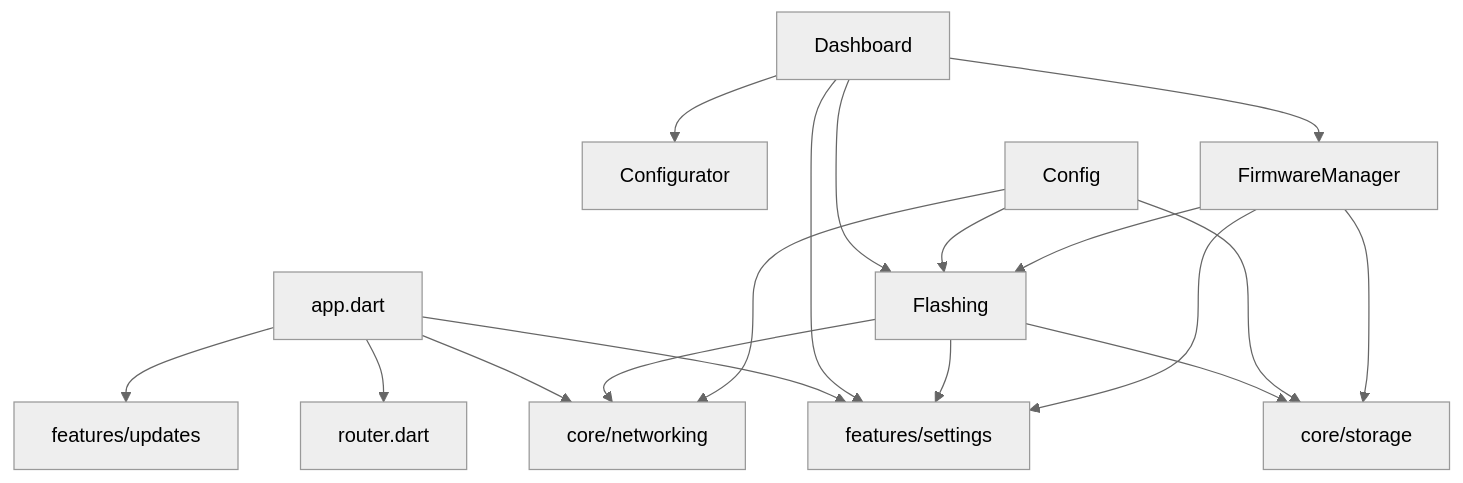
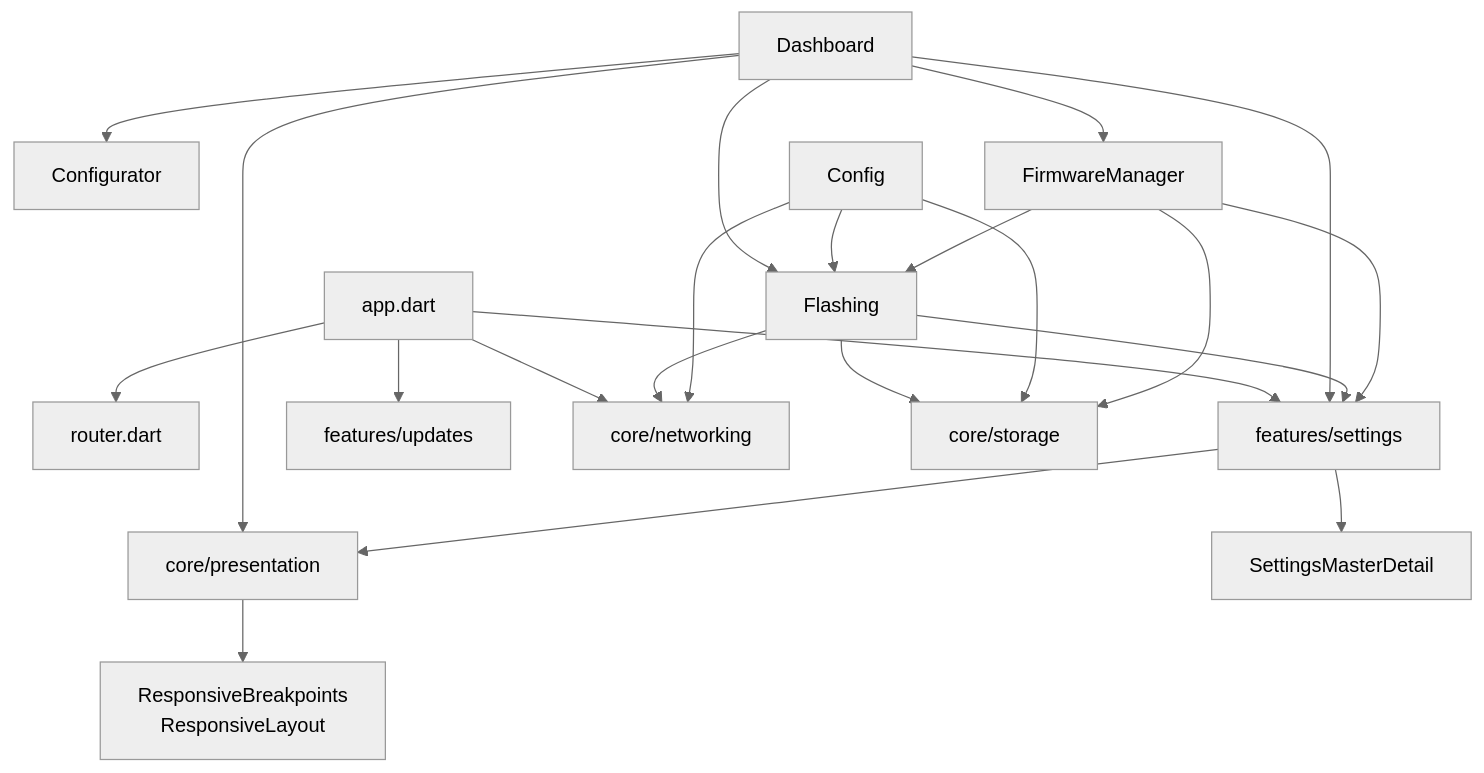
The diagram in .rp1/context/modules.md (wbhinton/ELRS-Mobile), drawn with Mermaid (neutral theme) before and after one commit. The commit also changed other lines of this file and 10 other files, not shown here.

````diff
--- a/.rp1/context/modules.md
+++ b/.rp1/context/modules.md
@@ -156,24 +174,30 @@
 ```mermaid
 graph TD
     App[app.dart] --> Router[router.dart]
     App --> Settings[features/settings]
     App --> Updates[features/updates]
     App --> Networking[core/networking]
     
     Dashboard --> Settings
     Dashboard --> Flashing
     Dashboard --> Configurator
     Dashboard --> FirmwareManager
+    Dashboard --> Presentation[core/presentation]
+    
+    Presentation --> Responsive[ResponsiveBreakpoints<br/>ResponsiveLayout]
+    
+    Settings --> Presentation
+    Settings --> MasterDetail[SettingsMasterDetail]
     
     Flashing --> Storage[core/storage]
     Flashing --> Networking
     Flashing --> Settings
     
     Config --> Networking
     Config --> Storage
     Config --> Flashing
     
     FirmwareManager --> Storage
     FirmwareManager --> Flashing
     FirmwareManager --> Settings
 ```
````
